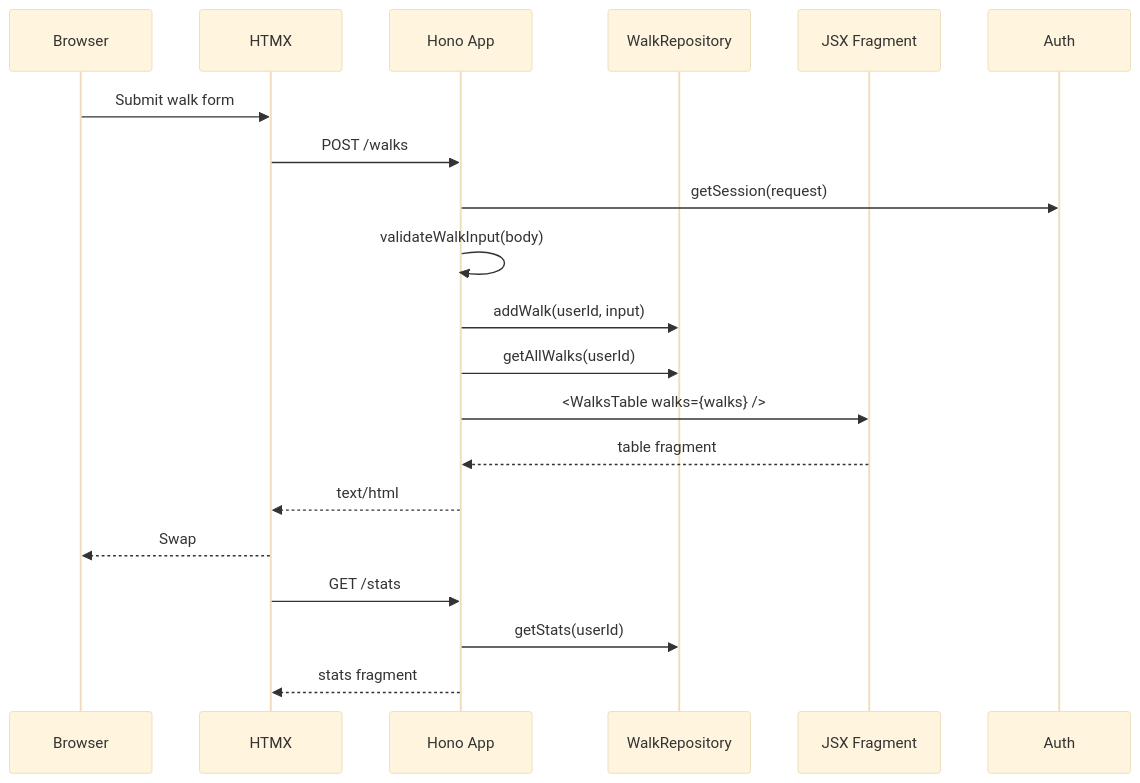
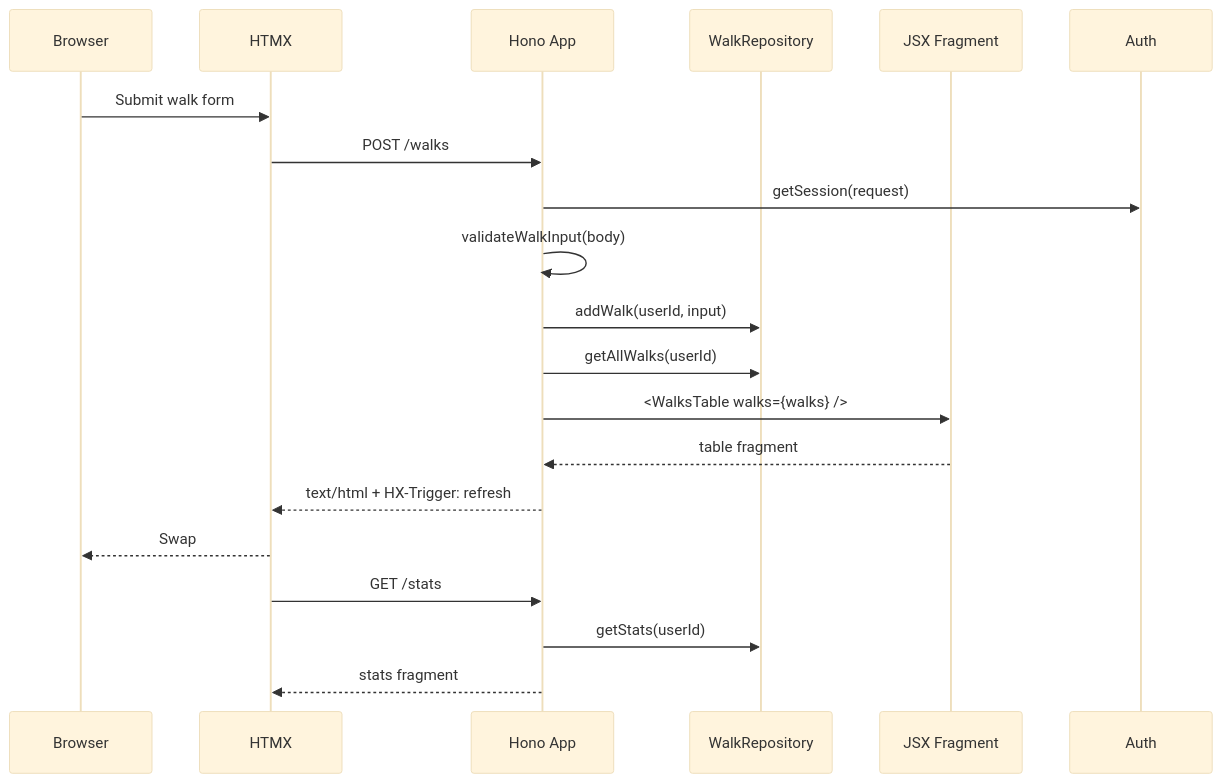
One commit to Macavitymadcap/hyper-dank changed the second of 2 diagrams in ARCHITECTURE.md. Above: the diagram before and after it, drawn with Mermaid (base theme). The commit also changed other lines of this file and 129 other files, not shown here.

````diff
--- a/ARCHITECTURE.md
+++ b/ARCHITECTURE.md
@@ -114,22 +119,22 @@
 ```mermaid
 sequenceDiagram
     participant Browser
     participant HTMX
     participant App as Hono App
     participant Repo as WalkRepository
     participant View as JSX Fragment
 
     Browser->>HTMX: Submit walk form
     HTMX->>App: POST /walks
     App->>Auth: getSession(request)
     App->>App: validateWalkInput(body)
     App->>Repo: addWalk(userId, input)
     App->>Repo: getAllWalks(userId)
     App->>View: <WalksTable walks={walks} />
     View-->>App: table fragment
-    App-->>HTMX: text/html
+    App-->>HTMX: text/html + HX-Trigger: refresh
     HTMX-->>Browser: Swap #walks-list
     HTMX->>App: GET /stats
     App->>Repo: getStats(userId)
     App-->>HTMX: stats fragment
 ```
````
